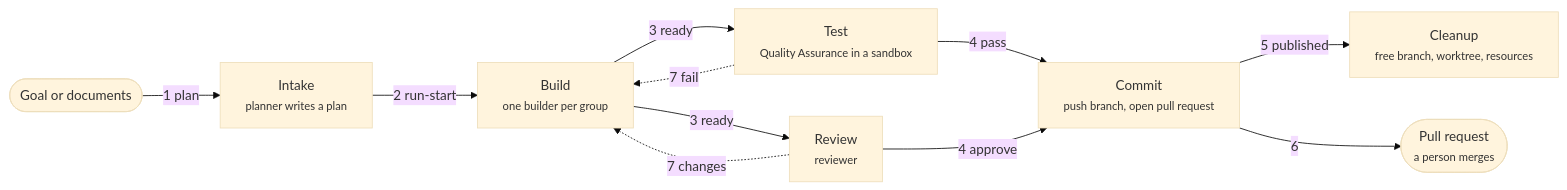
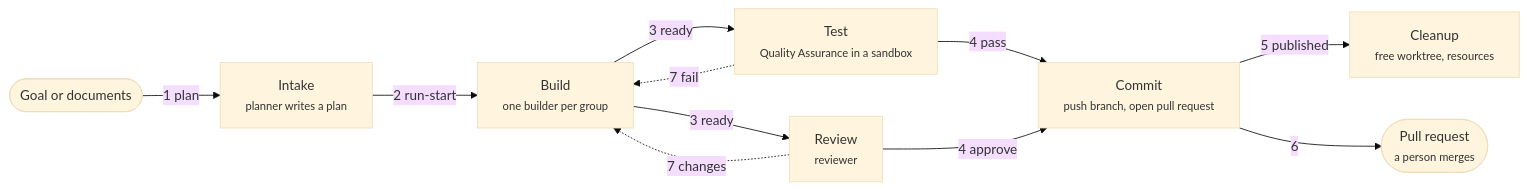
The first of 5 diagrams in docs/hld.md (rdevitto86/komodo-agentic-harness-coding), drawn with Mermaid (base theme) before and after one commit. The commit also changed other lines of this file and 1 other file, not shown here.

Commit message:
docs: one feature branch per plan, answers and approval by run

````diff
--- a/docs/hld.md
+++ b/docs/hld.md
@@ -14,21 +14,21 @@
 ```mermaid
 flowchart LR
   G(["Goal or documents"]):::actor
   I["Intake<br><small>planner writes a plan</small>"]
   B["Build<br><small>one builder per group</small>"]:::core
   T["Test<br><small>Quality Assurance in a sandbox</small>"]:::core
   R["Review<br><small>reviewer</small>"]:::core
   C["Commit<br><small>push branch, open pull request</small>"]
-  CL["Cleanup<br><small>free branch, worktree, resources</small>"]
+  CL["Cleanup<br><small>free worktree, resources</small>"]
   PR(["Pull request<br><small>a person merges</small>"]):::ok
   G -->|"1 plan"| I
   I -->|"2 run-start"| B
   B -->|"3 ready"| T
   B -->|"3 ready"| R
   T -->|"4 pass"| C
   R -->|"4 approve"| C
   C -->|"5 published"| CL
   C -->|"6"| PR
   T -.->|"7 fail"| B
   R -.->|"7 changes"| B
 ```
````
